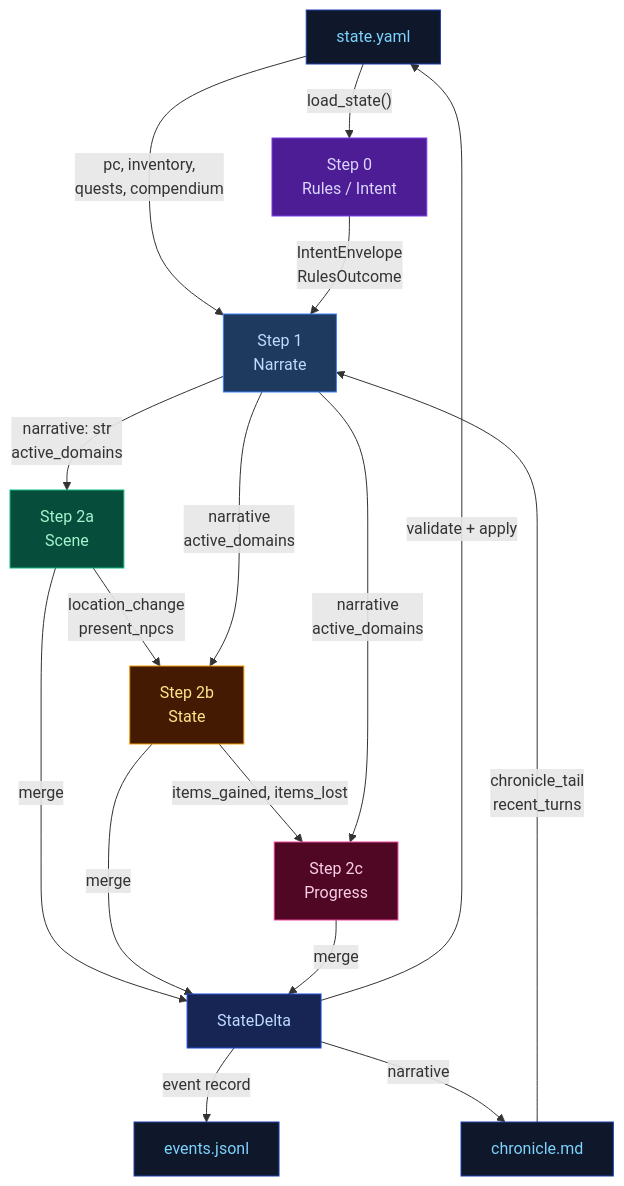
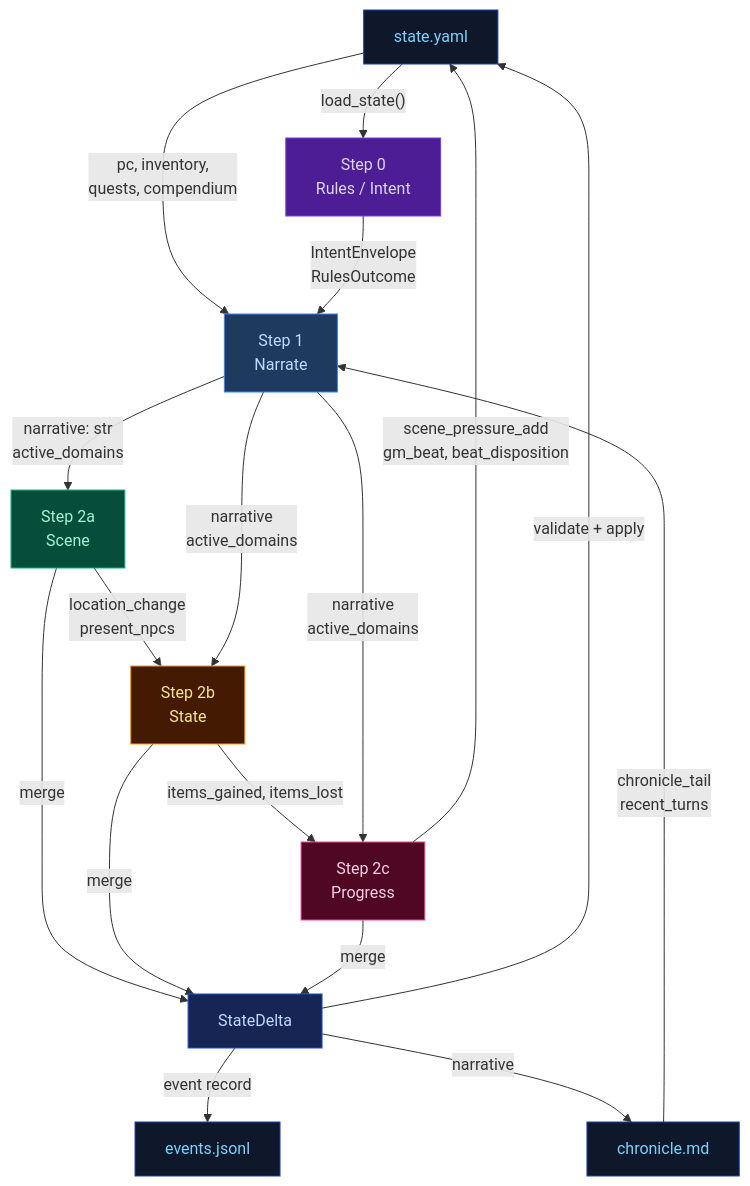
One commit to pww217/fablethread changed the ninth of 11 diagrams in docs/ARCHITECTURE.md. Above: the diagram before and after it, drawn with Mermaid. The commit also changed other lines of this file and 2 other files, not shown here.

````diff
--- a/docs/ARCHITECTURE.md
+++ b/docs/ARCHITECTURE.md
@@ -377,28 +384,29 @@
 ```mermaid
 flowchart TD
     classDef stageRules    fill:#4c1d95,color:#ddd6fe,stroke:#7c3aed
     classDef stageNarrate  fill:#1e3a5f,color:#bfdbfe,stroke:#3b82f6
     classDef stageScene    fill:#064e3b,color:#a7f3d0,stroke:#10b981
     classDef stageState    fill:#451a03,color:#fde68a,stroke:#f59e0b
     classDef stageProgress fill:#500724,color:#fbcfe8,stroke:#ec4899
     classDef storageNode   fill:#0f172a,color:#7dd3fc,stroke:#1e40af
     classDef mergeNode     fill:#172554,color:#bfdbfe,stroke:#1d4ed8
 
     STATE["state.yaml"]:::storageNode
     CHRONICLE["chronicle.md"]:::storageNode
     EVENTS["events.jsonl"]:::storageNode
 
     STATE -- "load_state()" --> STEP0["Step 0<br>Rules / Intent"]:::stageRules
     CHRONICLE -- "chronicle_tail<br>recent_turns" --> STEP1["Step 1<br>Narrate"]:::stageNarrate
     STATE -- "pc, inventory,<br>quests, compendium" --> STEP1
     STEP0 -- "IntentEnvelope<br>RulesOutcome" --> STEP1
     STEP1 -- "narrative: str<br>active_domains" --> STEP2A["Step 2a<br>Scene"]:::stageScene
     STEP2A -- "location_change<br>present_npcs" --> STEP2B["Step 2b<br>State"]:::stageState
     STEP1 -- "narrative<br>active_domains" --> STEP2B
     STEP2B -- "items_gained, items_lost" --> STEP2C["Step 2c<br>Progress"]:::stageProgress
     STEP1 -- "narrative<br>active_domains" --> STEP2C
     STEP2A & STEP2B & STEP2C -- "merge" --> DELTA["StateDelta"]:::mergeNode
     DELTA -- "validate + apply" --> STATE
     DELTA -- "event record" --> EVENTS
     DELTA -- "narrative" --> CHRONICLE
+    STEP2C -- "scene_pressure_add<br>gm_beat, beat_disposition" --> STATE
 ```
````
